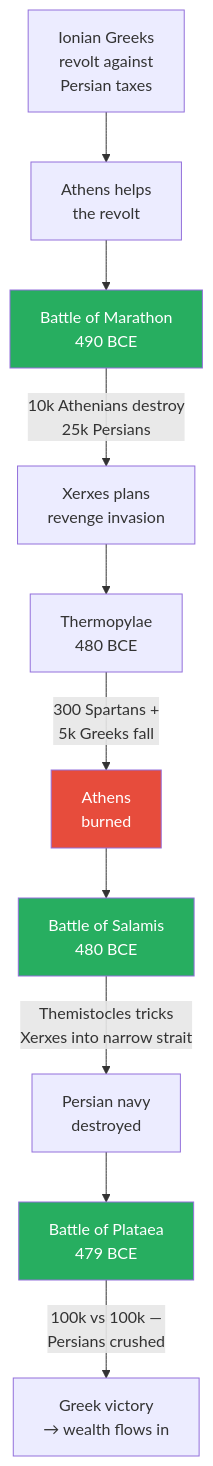
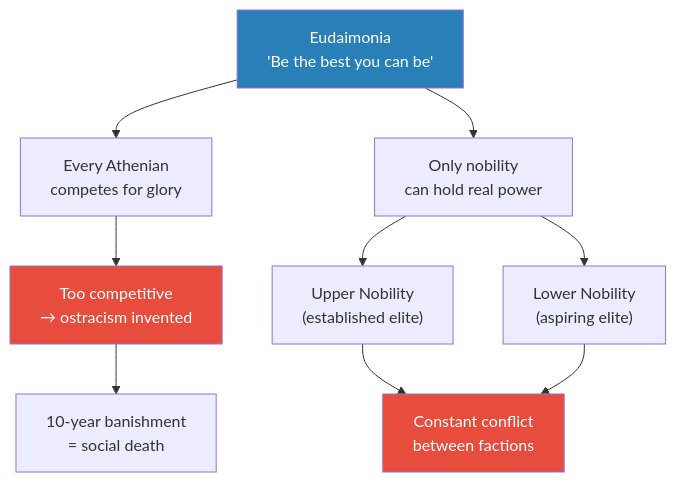
The second of 6 diagrams in summaries/Lectures/Civilization/08 - Rat Utopia and the Peloponnesian War.md (alius33/reader), drawn with Mermaid before and after one commit. The commit also changed other lines of this file and 26 other files, not shown here.

````diff
--- a/summaries/Lectures/Civilization/08 - Rat Utopia and the Peloponnesian War.md
+++ b/summaries/Lectures/Civilization/08 - Rat Utopia and the Peloponnesian War.md
@@ -118,16 +119,15 @@
 ```mermaid
 flowchart TB
-    IR["Ionian Greeks<br/>revolt against<br/>Persian taxes"] --> AH["Athens helps<br/>the revolt"]
-    AH --> M["Battle of Marathon<br/>490 BCE"]
-    M --> |"10k Athenians destroy<br/>25k Persians"| XR["Xerxes plans<br/>revenge invasion"]
-    XR --> TH["Thermopylae<br/>480 BCE"]
-    TH --> |"300 Spartans +<br/>5k Greeks fall"| AB["Athens<br/>burned"]
-    AB --> SAL["Battle of Salamis<br/>480 BCE"]
-    SAL --> |"Themistocles tricks<br/>Xerxes into narrow strait"| PN["Persian navy<br/>destroyed"]
-    PN --> PL["Battle of Plataea<br/>479 BCE"]
-    PL --> |"100k vs 100k —<br/>Persians crushed"| GV["Greek victory<br/>→ wealth flows in"]
-    style M fill:#27ae60,color:#fff
-    style SAL fill:#27ae60,color:#fff
-    style PL fill:#27ae60,color:#fff
-    style AB fill:#e74c3c,color:#fff
+    EU["Eudaimonia<br/>'Be the best you can be'"]
+    EU --> C1["Every Athenian<br/>competes for glory"]
+    C1 --> OS["Too competitive<br/>→ ostracism invented"]
+    OS --> D["10-year banishment<br/>= social death"]
+    EU --> NB["Only nobility<br/>can hold real power"]
+    NB --> UN["Upper Nobility<br/>(established elite)"]
+    NB --> LN["Lower Nobility<br/>(aspiring elite)"]
+    UN --> CONF["Constant conflict<br/>between factions"]
+    LN --> CONF
+    style EU fill:#2980b9,color:#fff
+    style OS fill:#e74c3c,color:#fff
+    style CONF fill:#e74c3c,color:#fff
 ```
````
